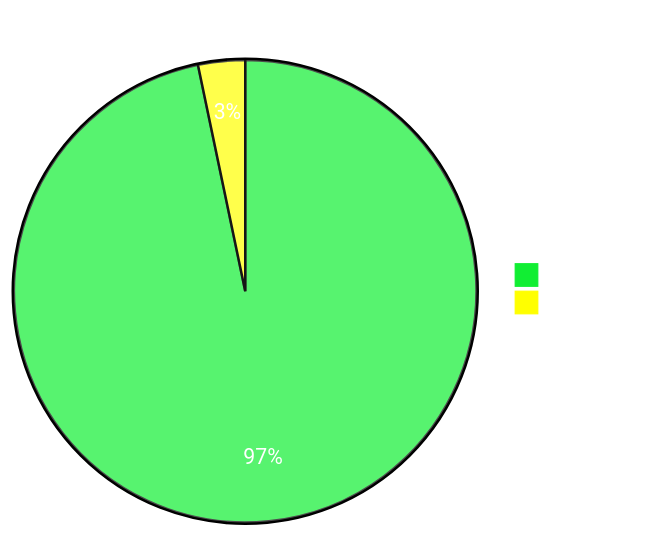
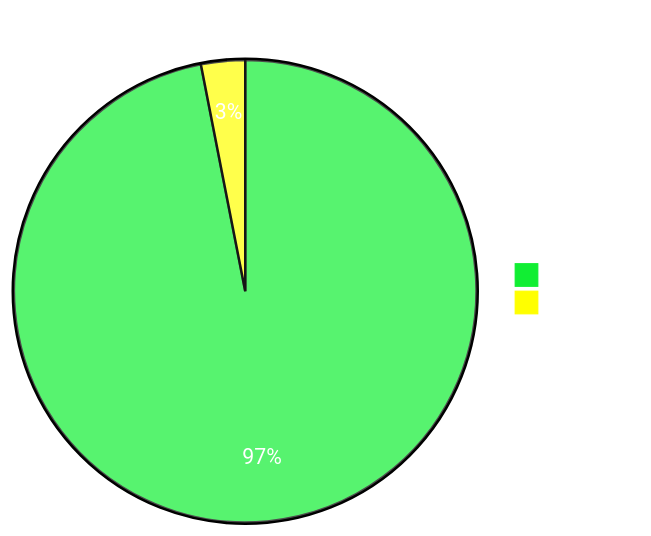
The diagram in Readme.md (sumanthtatipamula/Programming), drawn with Mermaid before and after one commit. The commit also changed 2 other files, not shown here.

Commit message:
Problems Solved on 10th Feb 2023

````diff
--- a/Readme.md
+++ b/Readme.md
@@ -23,18 +23,18 @@
 ```mermaid
 %%{
   init:
   {
     'theme': 'base',
     'themeVariables':
       {
         'primaryTextColor': '#fff',
         'pie1': '#1E3',
         'pie2': '#FFFF00'
       }
   }
 }%%
 pie showData
     title Problems Solved Per Tag
-    "Tree" : 59
+    "Tree" : 63
     "Graphs": 2
 ```
````
